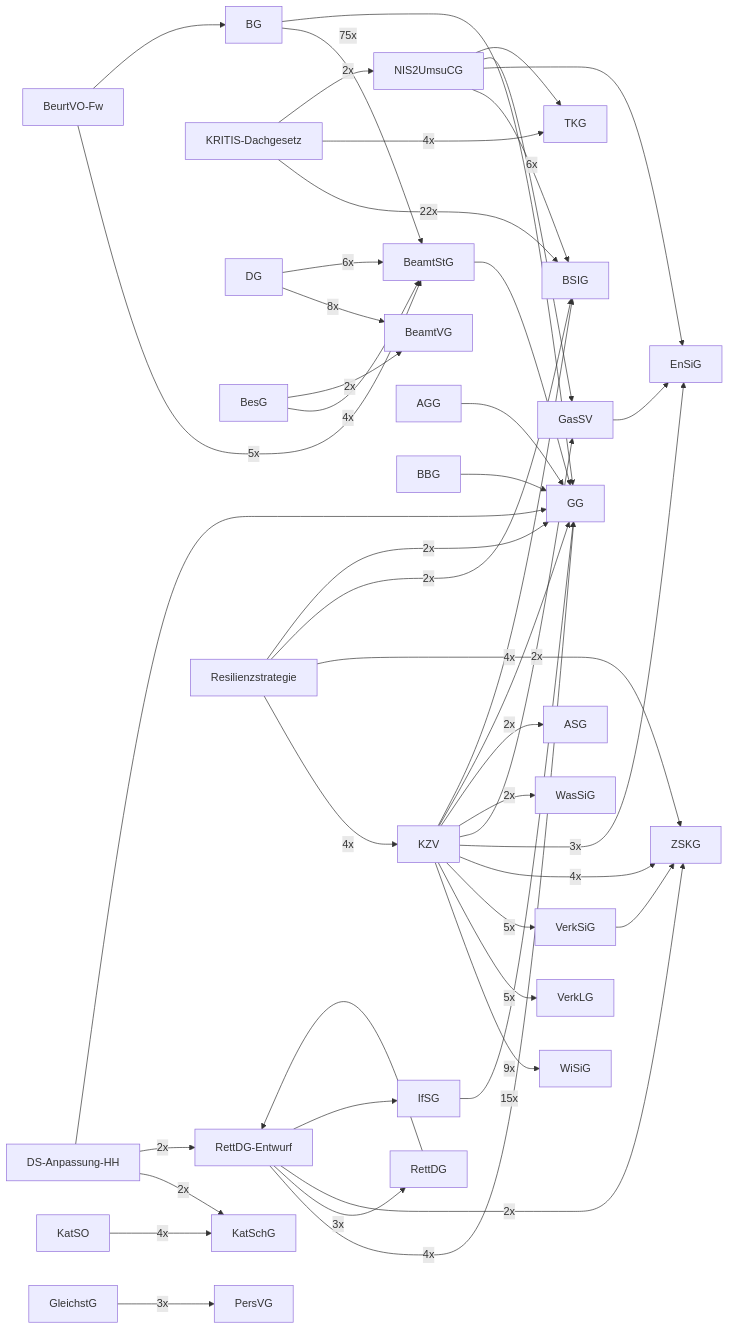
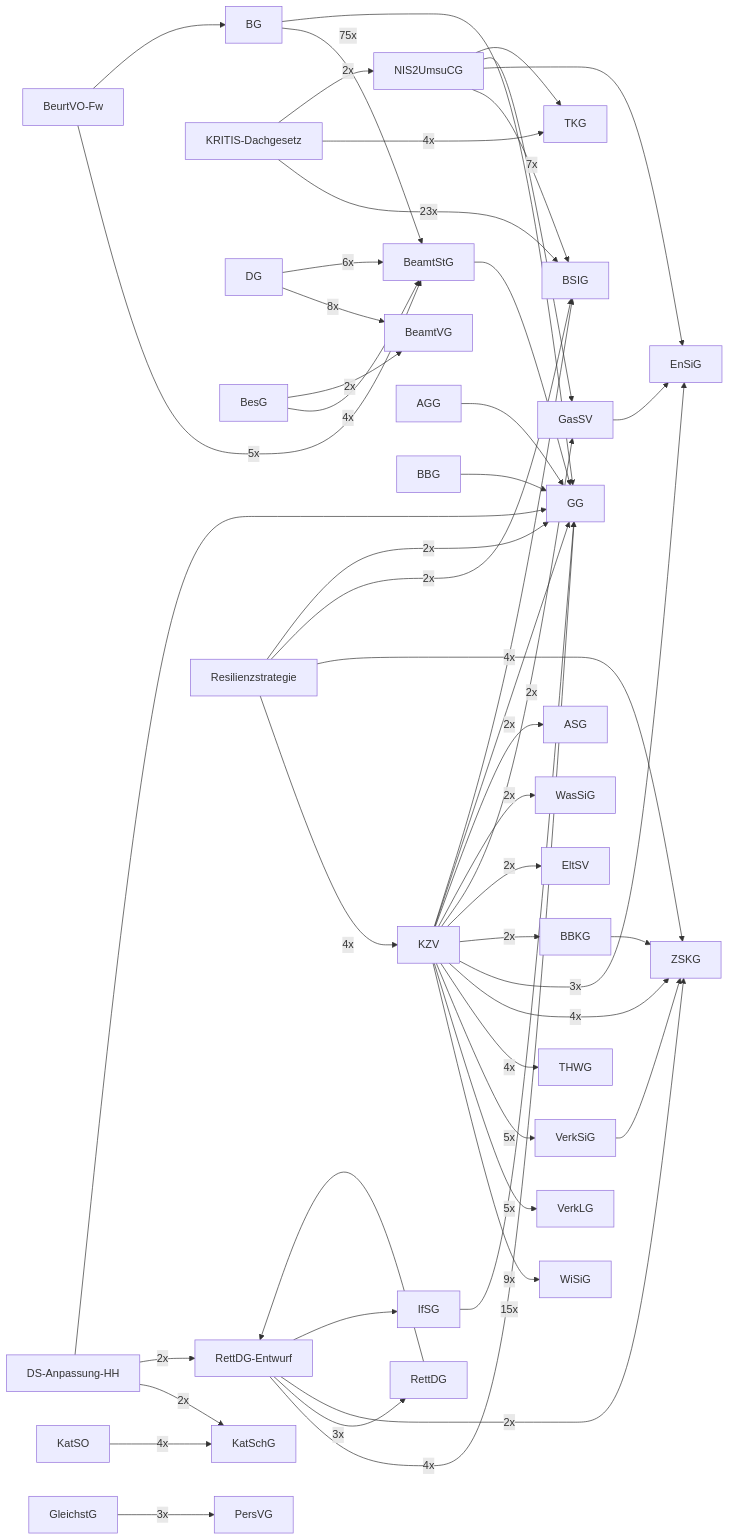
The diagram in README.md (tobiaswildezahn/rechtssammlung), drawn with Mermaid before and after one commit. The commit also changed other lines of this file and 6 other files, not shown here.

First line of the commit message:
Add: THWG (THW-Gesetz) und BBKG (BBK-Errichtungsgesetz)

```diff
--- a/README.md
+++ b/README.md
@@ -107,7 +109,7 @@
     BG -->|75x| BeamtStG
     KRITIS_Dachgesetz["KRITIS-Dachgesetz"]
     BSIG["BSIG"]
-    KRITIS_Dachgesetz -->|22x| BSIG
+    KRITIS_Dachgesetz -->|23x| BSIG
     IfSG["IfSG"]
     GG["GG"]
     IfSG -->|15x| GG
@@ -117,9 +119,9 @@
     DG["DG"]
     BeamtVG["BeamtVG"]
     DG -->|8x| BeamtVG
+    NIS2UmsuCG["NIS2UmsuCG"]
+    NIS2UmsuCG -->|7x| BSIG
     DG -->|6x| BeamtStG
-    NIS2UmsuCG["NIS2UmsuCG"]
-    NIS2UmsuCG -->|6x| BSIG
     BeurtVO_Fw["BeurtVO-Fw"]
     BeurtVO_Fw -->|5x| BeamtStG
     VerkLG["VerkLG"]
@@ -135,6 +137,8 @@
     KRITIS_Dachgesetz -->|4x| TKG
     RettDG_Entwurf["RettDG-Entwurf"]
     RettDG_Entwurf -->|4x| GG
+    THWG["THWG"]
+    KZV -->|4x| THWG
     ZSKG["ZSKG"]
     KZV -->|4x| ZSKG
     Resilienzstrategie["Resilienzstrategie"]
@@ -153,6 +157,10 @@
     DS_Anpassung_HH -->|2x| RettDG_Entwurf
     KRITIS_Dachgesetz -->|2x| NIS2UmsuCG
     RettDG_Entwurf -->|2x| ZSKG
+    BBKG["BBKG"]
+    KZV -->|2x| BBKG
+    EltSV["EltSV"]
+    KZV -->|2x| EltSV
     GasSV["GasSV"]
     KZV -->|2x| GasSV
     WasSiG["WasSiG"]
@@ -174,6 +182,7 @@
     NIS2UmsuCG --> GasSV
     NIS2UmsuCG --> TKG
     RettDG_Entwurf --> IfSG
+    BBKG --> ZSKG
     KZV --> GG
     KZV --> BSIG
     GasSV --> EnSiG
```
